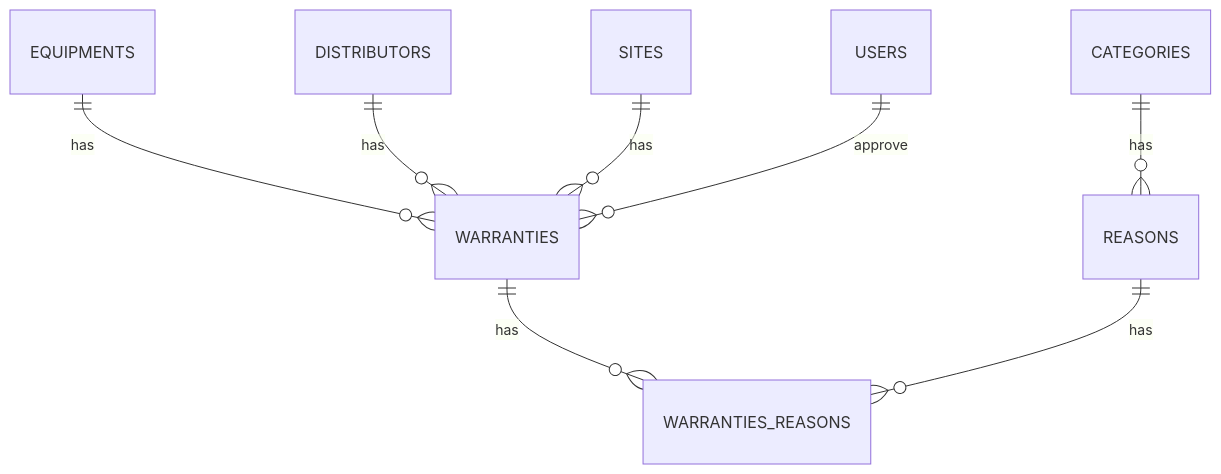
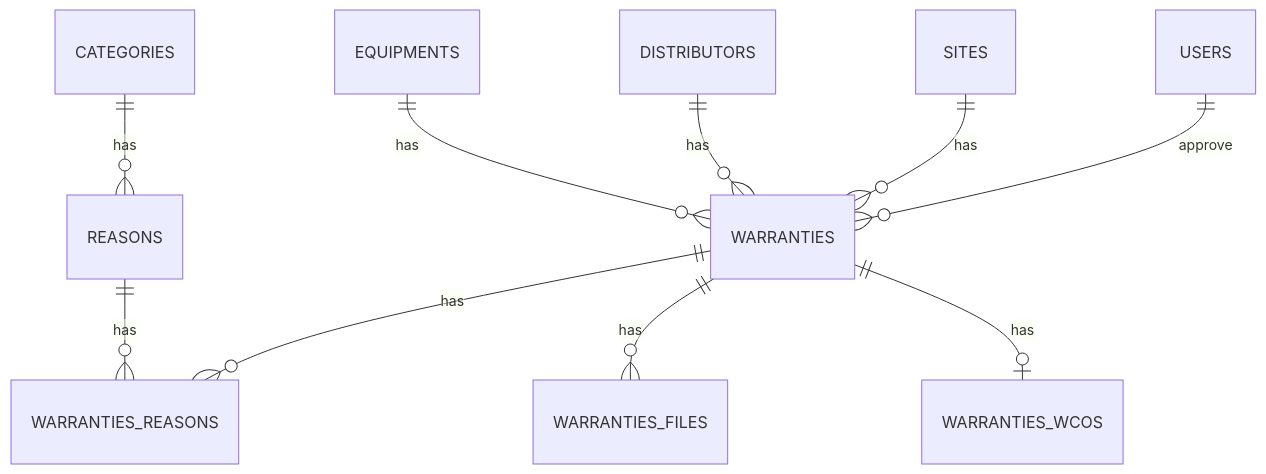
The sixth of 41 diagrams in docs/db/db.md (Juandiego001/lab-dental), drawn with Mermaid before and after one commit. The commit also changed other lines of this file and 69 other files, not shown here.

````diff
--- a/docs/db/db.md
+++ b/docs/db/db.md
@@ -135,10 +137,12 @@
 ```mermaid
 erDiagram
   WARRANTIES ||--o{ WARRANTIES_REASONS : has
+  WARRANTIES ||--o{ WARRANTIES_FILES : has
   CATEGORIES ||--o{ REASONS : has
   REASONS ||--o{ WARRANTIES_REASONS : has
   EQUIPMENTS ||--o{ WARRANTIES : has
   DISTRIBUTORS ||--o{ WARRANTIES : has
   SITES ||--o{ WARRANTIES : has
   USERS ||--o{ WARRANTIES : approve
+  WARRANTIES ||--o| WARRANTIES_WCOS : has
 ```
````
